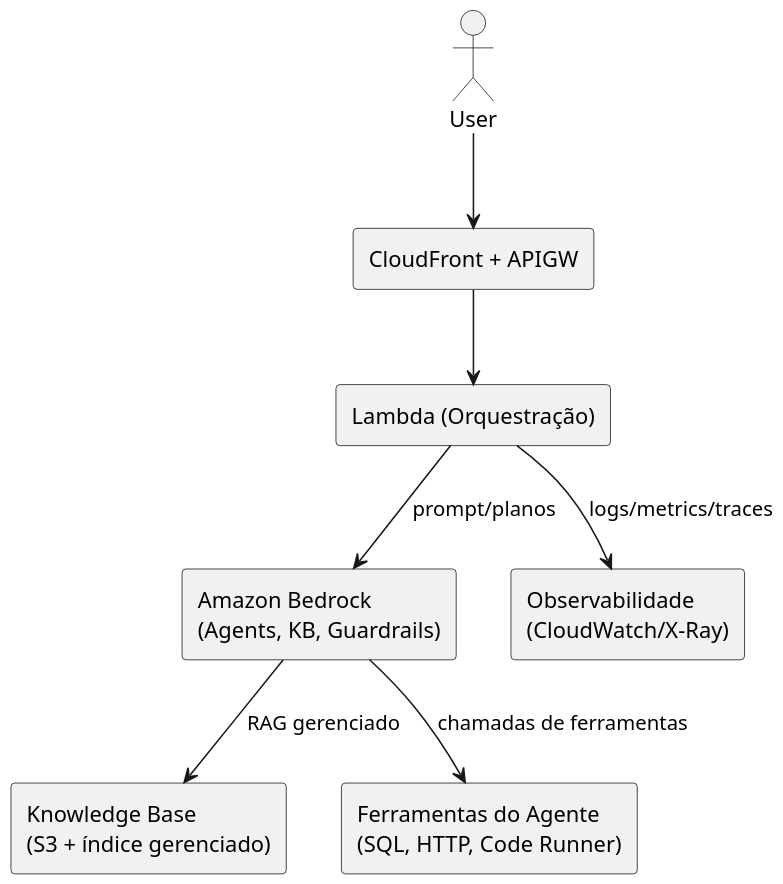
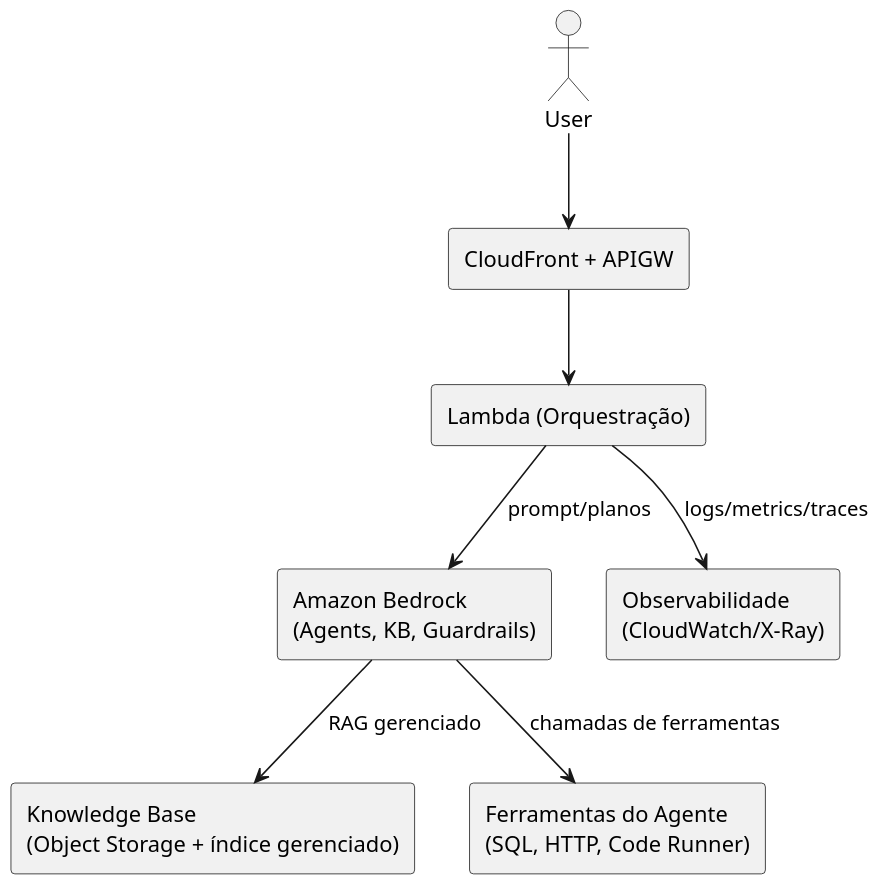
One commit to arquitetoitamar/aula-ec2-api changed the diagram in site/platforms-services/leve_3.puml. Above: the diagram before and after it, drawn with PlantUML. The commit also changed 42 other files, not shown here.

```diff
--- a/site/platforms-services/leve_3.puml
+++ b/site/platforms-services/leve_3.puml
@@ -1,17 +1,17 @@
 @startuml
 skinparam dpi 150
 actor User
 rectangle "CloudFront + APIGW" as EDGE
 rectangle "Lambda (Orquestração)" as LBD
 rectangle "Amazon Bedrock\n(Agents, KB, Guardrails)" as BR
-rectangle "Knowledge Base\n(S3 + índice gerenciado)" as KB
+rectangle "Knowledge Base\n(Object Storage + índice gerenciado)" as KB
 rectangle "Ferramentas do Agente\n(SQL, HTTP, Code Runner)" as TOOLS
 rectangle "Observabilidade\n(CloudWatch/X-Ray)" as OBS
 
 User --> EDGE
 EDGE --> LBD
 LBD --> BR : prompt/planos
 BR --> KB : RAG gerenciado
 BR --> TOOLS : chamadas de ferramentas
 LBD --> OBS : logs/metrics/traces
 @enduml
```
